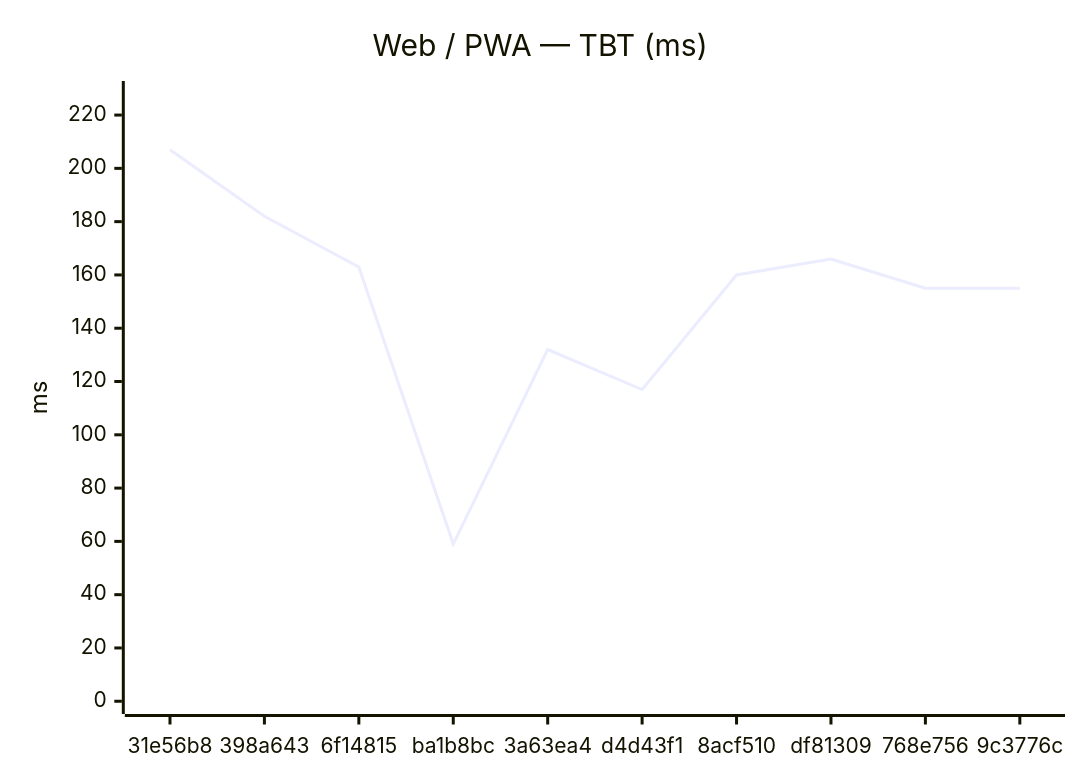
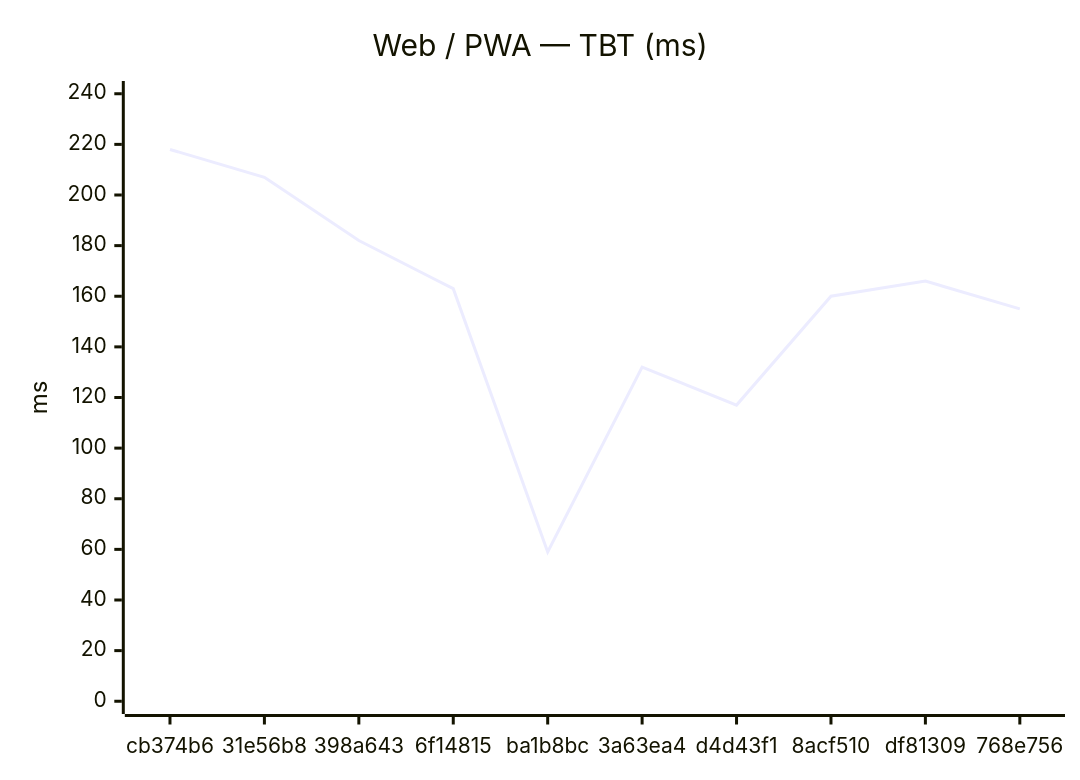
The second of 18 diagrams in benchmarks/compare.md (Metaheurist/Rianell), drawn with Mermaid before and after one commit. The commit also changed other lines of this file and 11 other files, not shown here.

````diff
--- a/benchmarks/compare.md
+++ b/benchmarks/compare.md
@@ -31,7 +31,7 @@
 ```mermaid
 xychart-beta
     title "Web / PWA — TBT (ms)"
-    x-axis ["31e56b8", "398a643", "6f14815", "ba1b8bc", "3a63ea4", "d4d43f1", "8acf510", "df81309", "768e756", "9c3776c"]
-    y-axis "ms" 0 --> 228
-    line [207, 182, 163, 59, 132, 117, 160, 166, 155, 155]
+    x-axis ["cb374b6", "31e56b8", "398a643", "6f14815", "ba1b8bc", "3a63ea4", "d4d43f1", "8acf510", "df81309", "768e756"]
+    y-axis "ms" 0 --> 240
+    line [218, 207, 182, 163, 59, 132, 117, 160, 166, 155]
 ```
````
